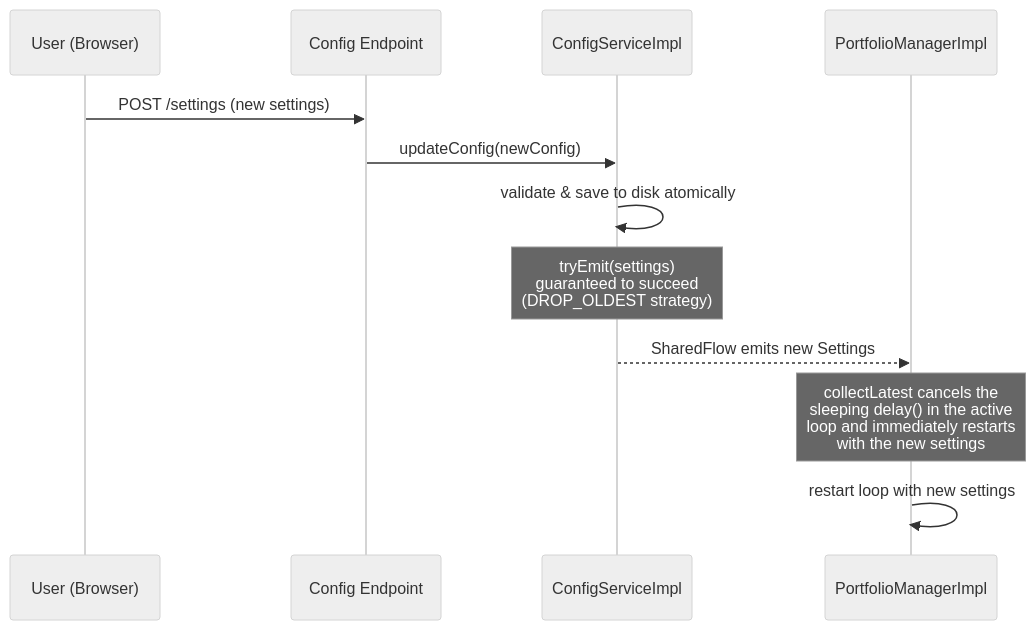
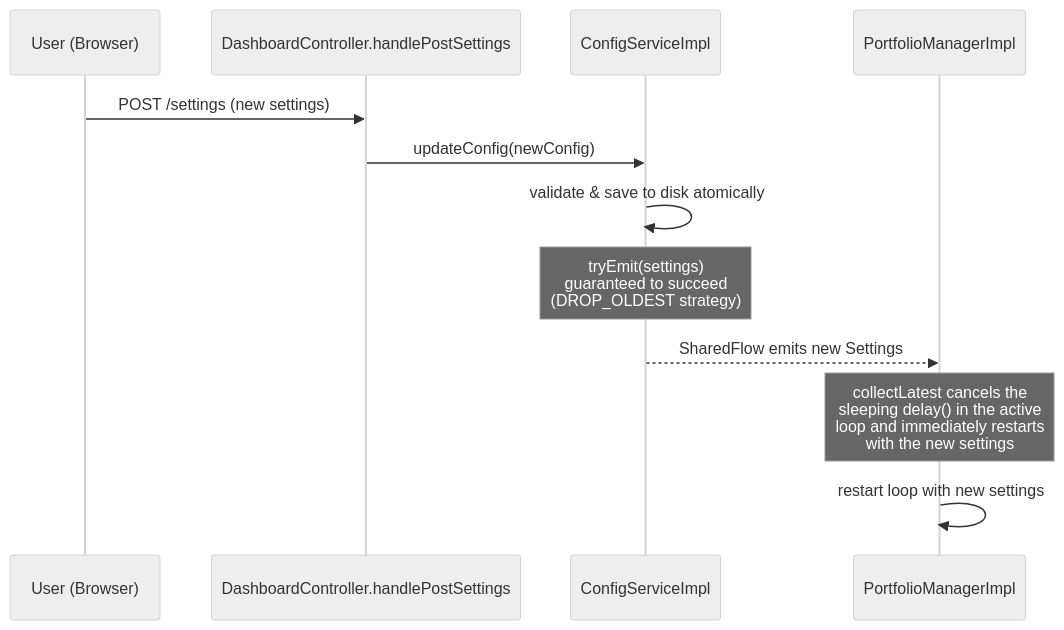
The second of 5 diagrams in docs/FLOWS.md (HyperVon/new-kraken-rebalancer), drawn with Mermaid (neutral theme) before and after one commit. The commit also changed other lines of this file and 17 other files, not shown here.

````diff
--- a/docs/FLOWS.md
+++ b/docs/FLOWS.md
@@ -99,16 +99,16 @@
 ```mermaid
 sequenceDiagram
     participant User as User (Browser)
-    participant API as Config Endpoint
+    participant API as DashboardController.handlePostSettings
     participant CS as ConfigServiceImpl
     participant PM as PortfolioManagerImpl
 
     User->>API: POST /settings (new settings)
     API->>CS: updateConfig(newConfig)
     CS->>CS: validate & save to disk atomically
     note over CS: tryEmit(settings)<br/>guaranteed to succeed<br/>(DROP_OLDEST strategy)
     CS-->>PM: SharedFlow emits new Settings
 
     note over PM: collectLatest cancels the<br/>sleeping delay() in the active<br/>loop and immediately restarts<br/>with the new settings
     PM->>PM: restart loop with new settings
 ```
````
